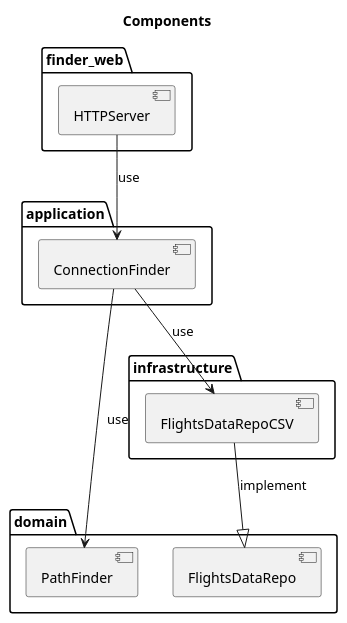
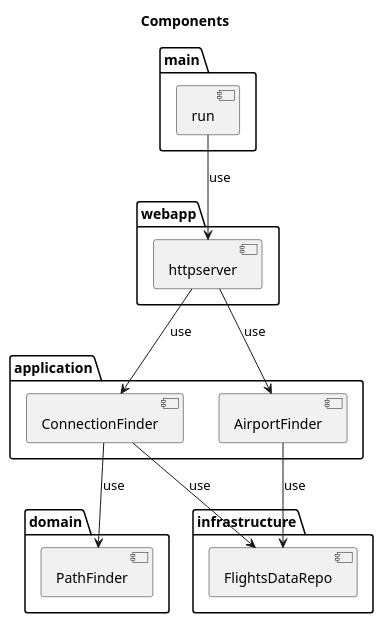
One commit to mateuszmidor/FlightFinder changed the diagram in docs/component.puml. Above: the diagram before and after it, drawn with PlantUML. The commit also changed 2 other files, not shown here.

Commit message:
Add uml component diagram

```diff
--- a/docs/component.puml
+++ b/docs/component.puml
@@ -1,61 +1,36 @@
 @startuml component
 
 title Components 
 
 
 package "domain" {
     [PathFinder]
-    [FlightsDataRepo]
 }
 
 package "application" {
     [ConnectionFinder]
+    [AirportFinder]
 }
 
 package "infrastructure" {
-    [FlightsDataRepoCSV]
+    [FlightsDataRepo]
 }
 
-package "finder_web" {
-    [HTTPServer]
+package "main" {
+    [run]
 }
 
-[HTTPServer] --> [ConnectionFinder]: use
-' [HTTPServer] --> [FlightsDataRepoCSV]: use
+package "webapp" {
+    [httpserver]
+}
+
+[run] --> [httpserver]: use
+[httpserver] --> [ConnectionFinder]: use
+[httpserver] --> [AirportFinder]: use
+
 [ConnectionFinder] --> [PathFinder]: use
-[ConnectionFinder] --> [FlightsDataRepoCSV]: use
-[FlightsDataRepoCSV] --|> [FlightsDataRepo]: implement
+[ConnectionFinder] --> [FlightsDataRepo]: use
 
-' package "api_connection" {
-'     interface APIConnectorProtocol #red 
-'     note right: abstracts connection towards http api
-'     [APIConnector] - APIConnectorProtocol: provide
-' }
+[AirportFinder] --> [FlightsDataRepo]: use
 
-' package "tests" {
-'     component StubAPIConnector
-'     note right: allows to test eg. DevicesAPI without spinning actual http server
-'     [StubAPIConnector] -- APIConnectorProtocol: provide
-' }
-' package "api_resources" {
-'     APIConnectorProtocol )..# [DevicesAPI]: require
-'     APIConnectorProtocol )..# [UsersAPI]: require
-'     APIConnectorProtocol )..# [PlansAPI]: require
-' }
-
-' package "public" {
-'     [Device]
-' }
-
-' package "requests_payloads" {
-'     [CreateRequest]
-' }
-
-' package "api_calls" {
-'     [create_device]
-' }
-' [DevicesAPI] --> [create_device]: use
-' [DevicesAPI] --> [Device]: use
-' [DevicesAPI] --> [CreateRequest]: use
-' [CreateRequest] -> [Device]: use
 @enduml
```
